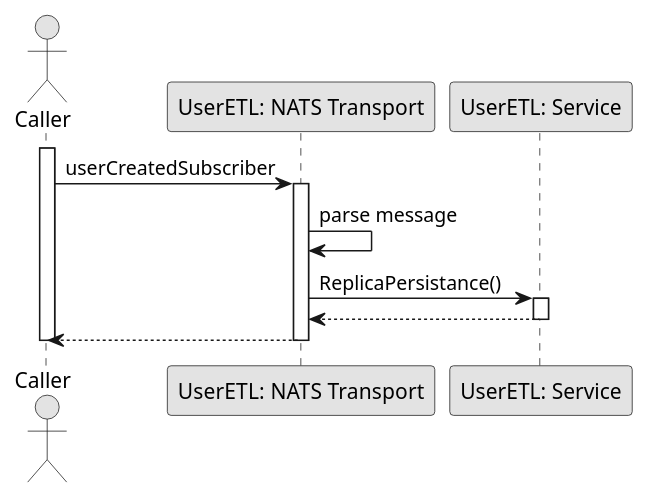
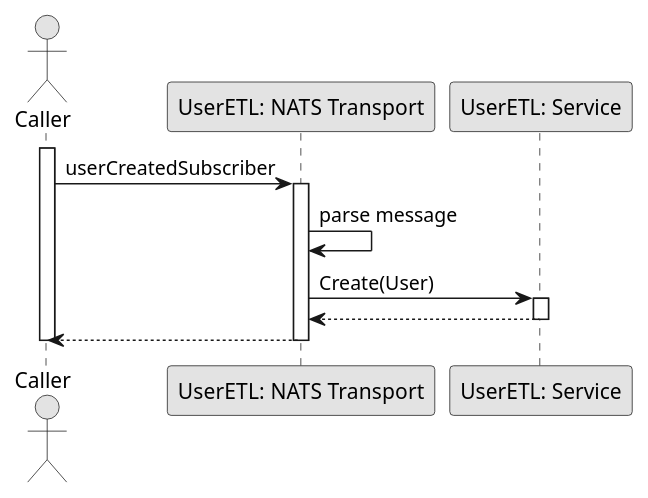
The diagram in Sequence/Release02/EVENT_SubscribeUserCreated.wsd (fwidjaya20/fazzlearning-uml), drawn with PlantUML before and after one commit. The commit also changed 4 other files, not shown here.

```diff
--- a/Sequence/Release02/EVENT_SubscribeUserCreated.wsd
+++ b/Sequence/Release02/EVENT_SubscribeUserCreated.wsd
@@ -1,25 +1,25 @@
 @startuml SubscribeUserCreated
 
 skinparam ConditionStyle hline
 skinparam Monochrome true
 skinparam Shadowing false
 
 actor Caller
 participant "UserETL: NATS Transport" as UserETLNATSTransport
 participant "UserETL: Service" as UserETLService
 
 activate Caller
 
 Caller->UserETLNATSTransport: userCreatedSubscriber
 activate UserETLNATSTransport
 UserETLNATSTransport->UserETLNATSTransport: parse message
-UserETLNATSTransport->UserETLService: ReplicaPersistance()
+UserETLNATSTransport->UserETLService: Create(User)
 activate UserETLService
 UserETLService-->UserETLNATSTransport
 deactivate UserETLService
 UserETLNATSTransport-->Caller
 deactivate UserETLNATSTransport
 
 deactivate Caller
 
 @enduml
```
